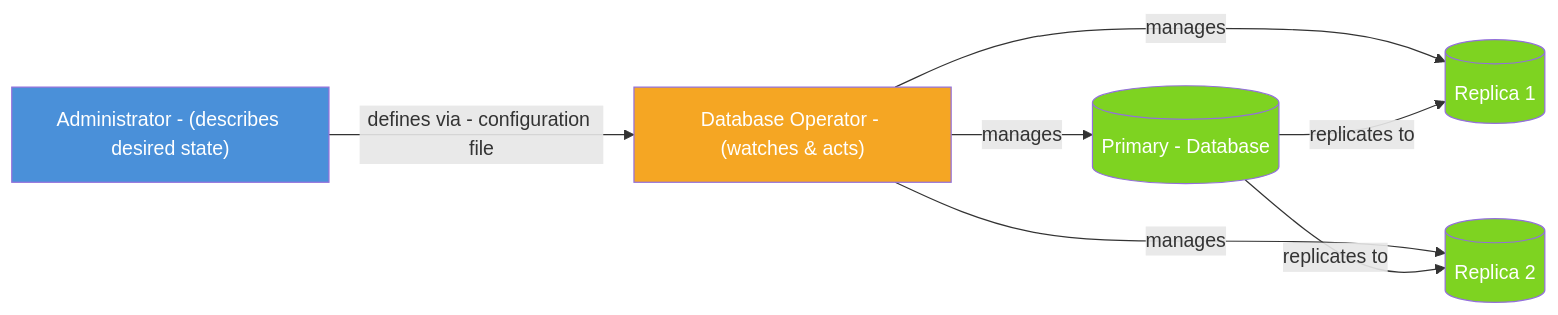
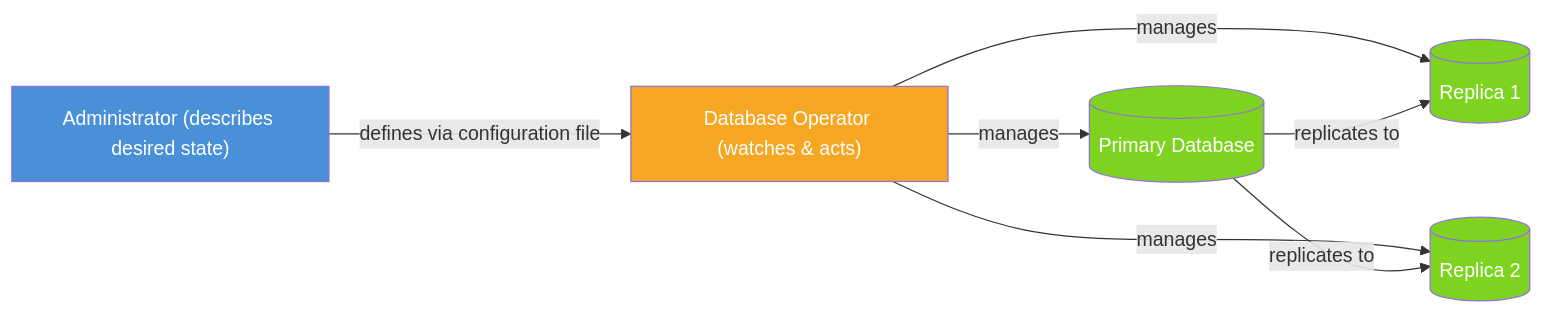
The second of 5 diagrams in pages/Data_storage.qmd (abecam/DeKCD-DMOnTheCloud), drawn with Mermaid before and after one commit. The commit also changed other lines of this file and 3 other files, not shown here.

````diff
--- a/pages/Data_storage.qmd
+++ b/pages/Data_storage.qmd
@@ -105,21 +105,21 @@
 ```{mermaid}
 flowchart LR
-    Admin["Administrator - (describes desired state)"]
-    Operator["Database Operator - (watches & acts)"]
-    DB1[(Primary - Database)]
+    Admin["Administrator (describes desired state)"]
+    Operator["Database Operator (watches & acts)"]
+    DB1[(Primary Database)]
     DB2[(Replica 1)]
     DB3[(Replica 2)]
 
-    Admin -->|"defines via - configuration file"| Operator
+    Admin -->|"defines via configuration file"| Operator
     Operator -->|manages| DB1
     Operator -->|manages| DB2
     Operator -->|manages| DB3
     DB1 -->|replicates to| DB2
     DB1 -->|replicates to| DB3
 
     style Admin fill:#4A90D9,color:#fff
     style Operator fill:#F5A623,color:#fff
     style DB1 fill:#7ED321,color:#fff
     style DB2 fill:#7ED321,color:#fff
     style DB3 fill:#7ED321,color:#fff
 ```
````
